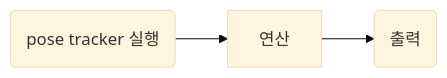
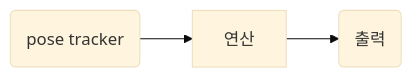
The diagram in docs/day3-4.md (kemjensak/isaac_sim_tutorial), drawn with Mermaid (base theme) before and after one commit. The commit also changed other lines of this file, not shown here.

````diff
--- a/docs/day3-4.md
+++ b/docs/day3-4.md
@@ -121,5 +121,5 @@
 ```mermaid 
 graph LR; 
-A(pose tracker 실행)-->B[연산];
+A(pose tracker)-->B[연산];
 B-->C(출력);
 ```
````
